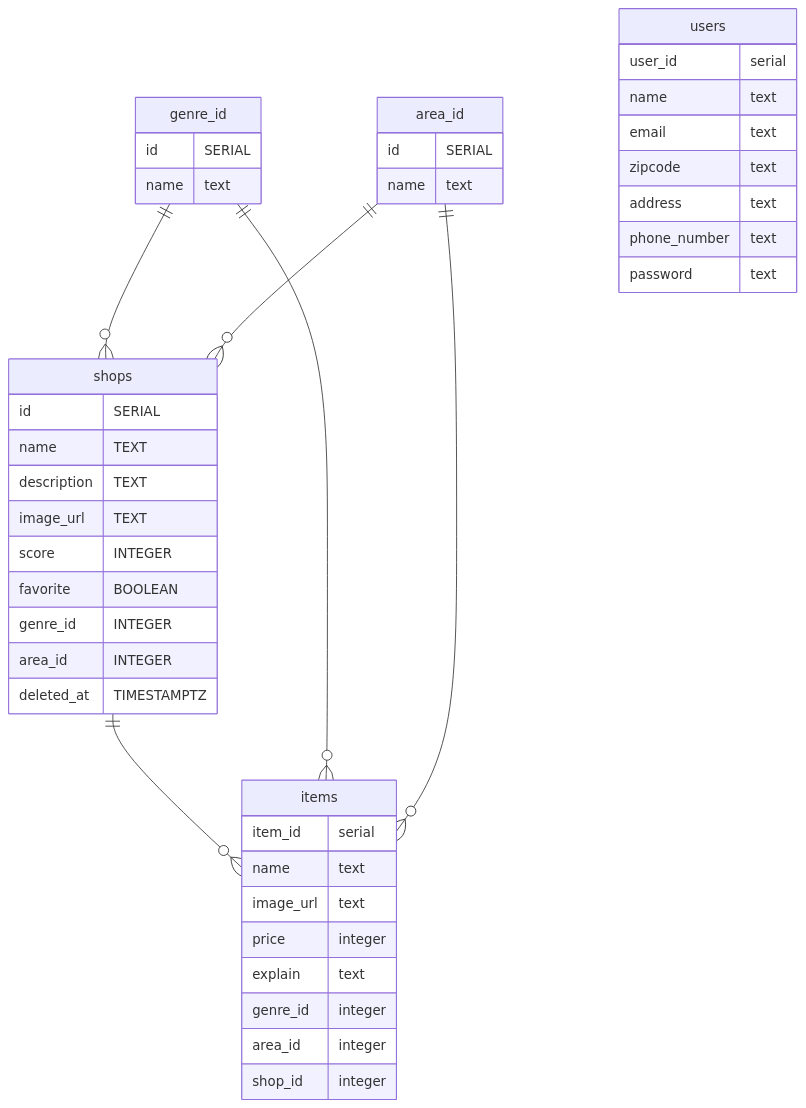
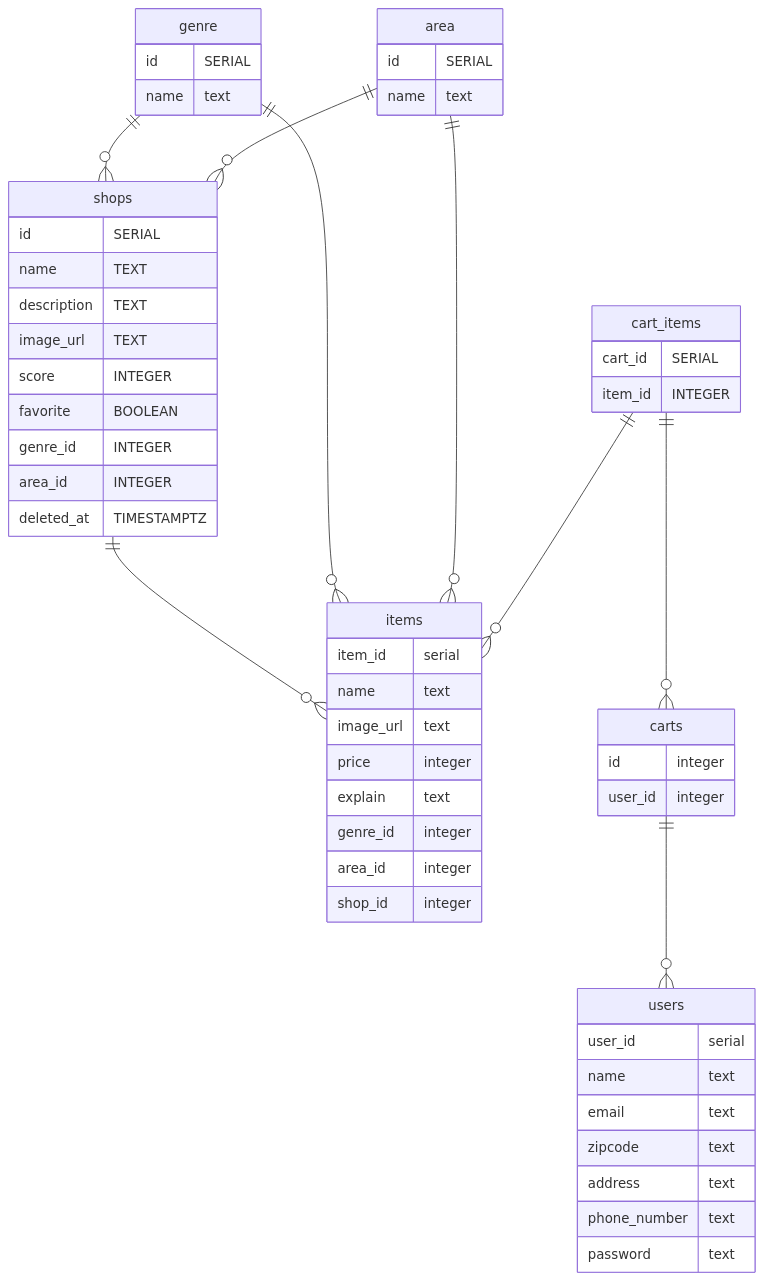
The diagram in database.md (sugi-1997/foodkoala), drawn with Mermaid before and after one commit. The commit also changed other lines of this file and 9 other files, not shown here.

````diff
--- a/database.md
+++ b/database.md
@@ -1,55 +1,69 @@
 ```mermaid
 
 erDiagram
 
 shops ||--o{ items: ""
-genre_id ||--o{ items: ""
-genre_id ||--o{ shops: ""
-area_id ||--o{ items: ""
-area_id ||--o{ shops: ""
+genre ||--o{ items: ""
+genre ||--o{ shops: ""
+area ||--o{ items: ""
+area ||--o{ shops: ""
+cart_items ||--o{ items: ""
+cart_items ||--o{ carts: ""
+carts ||--o{ users: ""
+
 
 
 users {
   user_id   serial
   name        text
   email       text
   zipcode     text 
   address     text 
   phone_number text
   password    text 
 }
 
 items {
   item_id     serial
     name        text
     image_url   text
     price       integer
     explain     text
     genre_id    integer
     area_id     integer
     shop_id     integer
 }
 
 shops {
   id SERIAL
   name TEXT 
   description TEXT 
   image_url TEXT
   score INTEGER  
   favorite BOOLEAN  
   genre_id INTEGER  
   area_id INTEGER  
   deleted_at TIMESTAMPTZ
 }
 
-area_id {
+area {
   id SERIAL
   name text
 }
 
-genre_id {
+genre {
   id SERIAL
   name text
 }
 
+cart_items {
+  cart_id SERIAL
+  item_id INTEGER
+}
+
+carts {
+  id integer
+  user_id integer
+}
+
 ```
````
